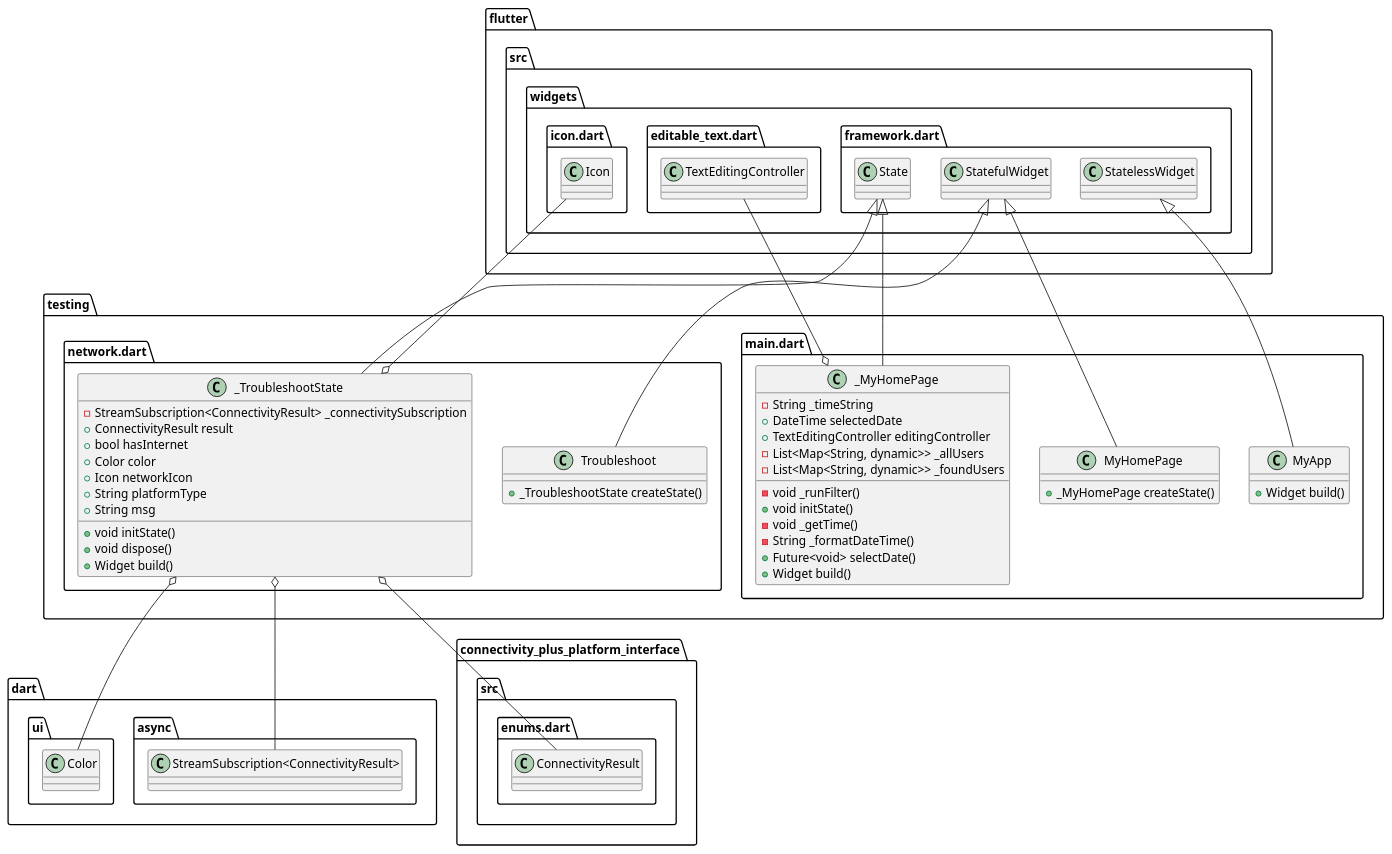
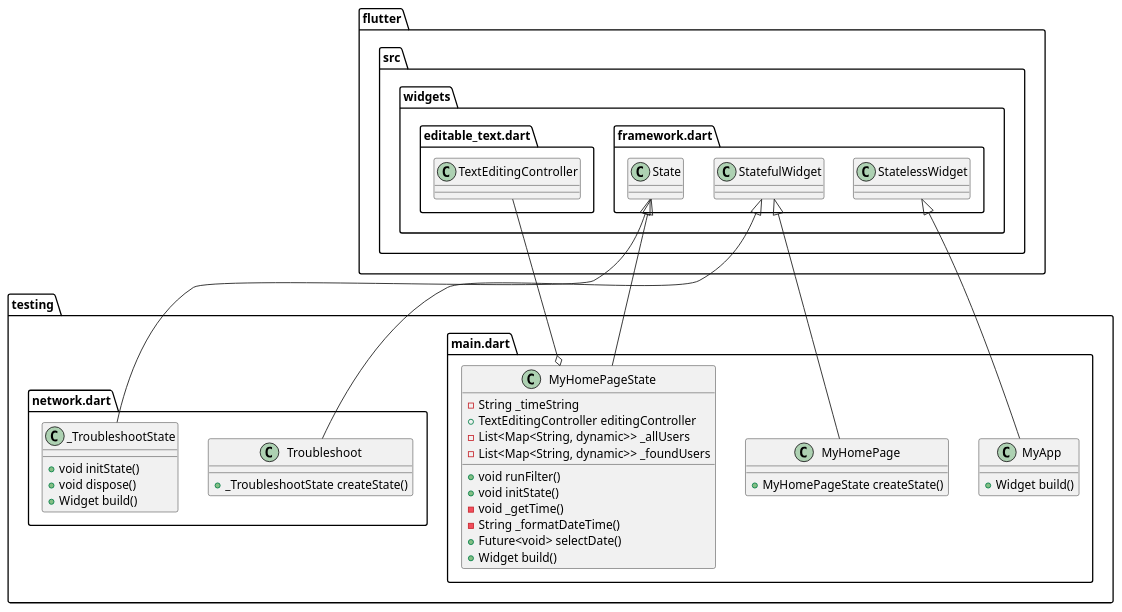
Before and after one commit to Hadjimamas/Testing_Project: the diagram in test.puml, drawn with PlantUML.

Commit message:
Practice Project

```diff
--- a/test.puml
+++ b/test.puml
@@ -1,59 +1,47 @@
 @startuml
 set namespaceSeparator ::
 
 class "testing::main.dart::MyApp" {
   +Widget build()
 }
 
 "flutter::src::widgets::framework.dart::StatelessWidget" <|-- "testing::main.dart::MyApp"
 
 class "testing::main.dart::MyHomePage" {
-  +_MyHomePage createState()
+  +MyHomePageState createState()
 }
 
 "flutter::src::widgets::framework.dart::StatefulWidget" <|-- "testing::main.dart::MyHomePage"
 
-class "testing::main.dart::_MyHomePage" {
+class "testing::main.dart::MyHomePageState" {
   -String _timeString
-  +DateTime selectedDate
   +TextEditingController editingController
   -List<Map<String, dynamic>> _allUsers
   -List<Map<String, dynamic>> _foundUsers
-  -void _runFilter()
+  +void runFilter()
   +void initState()
   -void _getTime()
   -String _formatDateTime()
   +Future<void> selectDate()
   +Widget build()
 }
 
-"testing::main.dart::_MyHomePage" o-- "flutter::src::widgets::editable_text.dart::TextEditingController"
-"flutter::src::widgets::framework.dart::State" <|-- "testing::main.dart::_MyHomePage"
+"testing::main.dart::MyHomePageState" o-- "flutter::src::widgets::editable_text.dart::TextEditingController"
+"flutter::src::widgets::framework.dart::State" <|-- "testing::main.dart::MyHomePageState"
 
 class "testing::network.dart::Troubleshoot" {
   +_TroubleshootState createState()
 }
 
 "flutter::src::widgets::framework.dart::StatefulWidget" <|-- "testing::network.dart::Troubleshoot"
 
 class "testing::network.dart::_TroubleshootState" {
-  -StreamSubscription<ConnectivityResult> _connectivitySubscription
-  +ConnectivityResult result
-  +bool hasInternet
-  +Color color
-  +Icon networkIcon
-  +String platformType
-  +String msg
   +void initState()
   +void dispose()
   +Widget build()
 }
 
-"testing::network.dart::_TroubleshootState" o-- "dart::async::StreamSubscription<ConnectivityResult>"
-"testing::network.dart::_TroubleshootState" o-- "connectivity_plus_platform_interface::src::enums.dart::ConnectivityResult"
-"testing::network.dart::_TroubleshootState" o-- "dart::ui::Color"
-"testing::network.dart::_TroubleshootState" o-- "flutter::src::widgets::icon.dart::Icon"
 "flutter::src::widgets::framework.dart::State" <|-- "testing::network.dart::_TroubleshootState"
 
 
 @enduml
```
